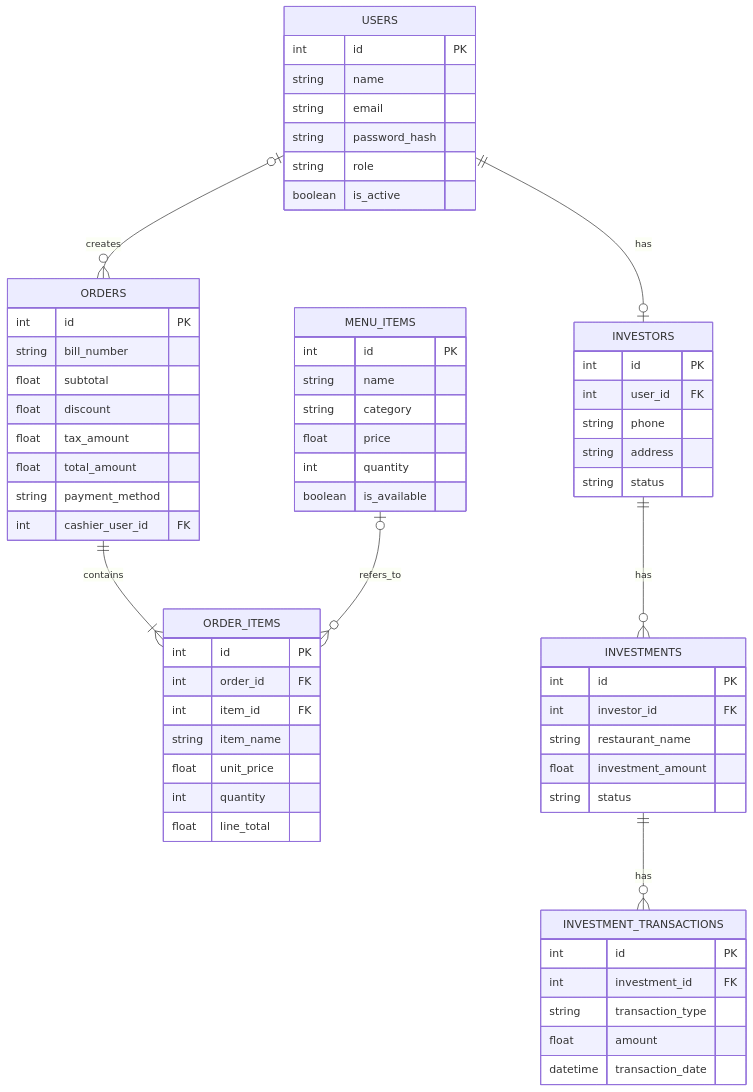
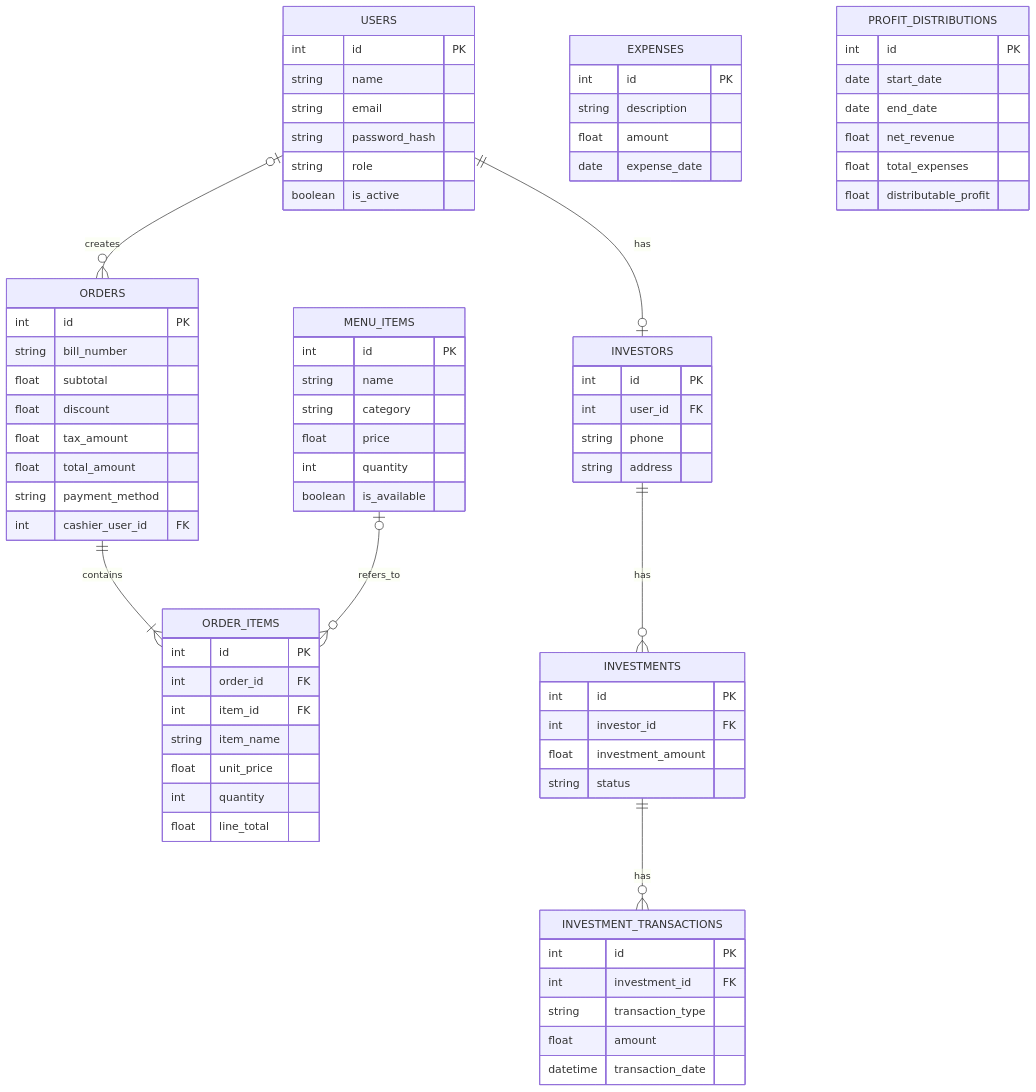
Before and after one commit to vrushank-tektalis/Restaurant-Billing-and-Investor-Management-System: the second of 3 diagrams in DOCUMENTATION.md, drawn with Mermaid. The commit also changed other lines of this file and 24 other files, not shown here.

````diff
--- a/DOCUMENTATION.md
+++ b/DOCUMENTATION.md
@@ -85,66 +88,78 @@
 ```mermaid
 erDiagram
     USERS ||--o| INVESTORS : has
     USERS o|--o{ ORDERS : creates
     ORDERS ||--|{ ORDER_ITEMS : contains
     MENU_ITEMS o|--o{ ORDER_ITEMS : refers_to
     INVESTORS ||--o{ INVESTMENTS : has
     INVESTMENTS ||--o{ INVESTMENT_TRANSACTIONS : has
 
     USERS {
         int id PK
         string name
         string email
         string password_hash
         string role
         boolean is_active
     }
     MENU_ITEMS {
         int id PK
         string name
         string category
         float price
         int quantity
         boolean is_available
     }
     ORDERS {
         int id PK
         string bill_number
         float subtotal
         float discount
         float tax_amount
         float total_amount
         string payment_method
         int cashier_user_id FK
     }
     ORDER_ITEMS {
         int id PK
         int order_id FK
         int item_id FK
         string item_name
         float unit_price
         int quantity
         float line_total
     }
     INVESTORS {
         int id PK
         int user_id FK
         string phone
         string address
-        string status
     }
     INVESTMENTS {
         int id PK
         int investor_id FK
-        string restaurant_name
         float investment_amount
         string status
     }
     INVESTMENT_TRANSACTIONS {
         int id PK
         int investment_id FK
         string transaction_type
         float amount
         datetime transaction_date
     }
+    EXPENSES {
+        int id PK
+        string description
+        float amount
+        date expense_date
+    }
+    PROFIT_DISTRIBUTIONS {
+        int id PK
+        date start_date
+        date end_date
+        float net_revenue
+        float total_expenses
+        float distributable_profit
+    }
 ```
````
